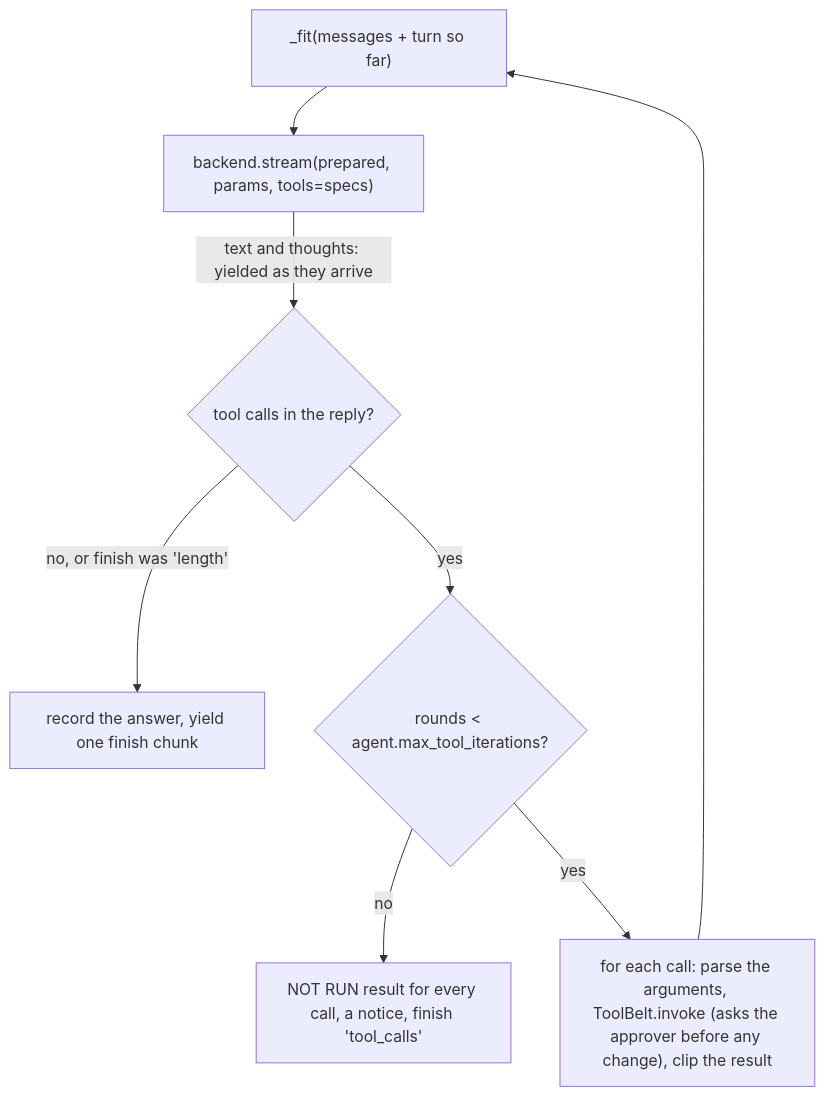
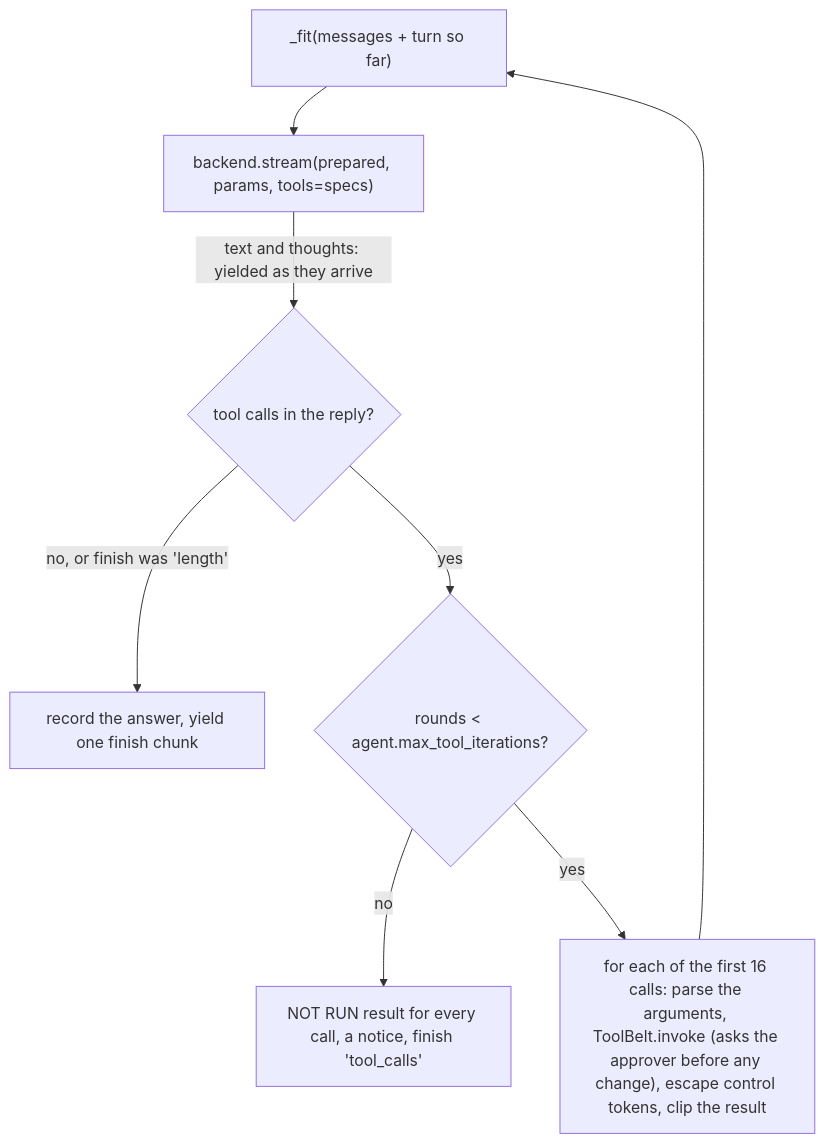
Before and after one commit to monicarivera-work/kumaru_agent: the diagram in docs/howto/src/kumaru/agent/chat.md, drawn with Mermaid. The commit also changed other lines of this file and 22 other files, not shown here.

````diff
--- a/docs/howto/src/kumaru/agent/chat.md
+++ b/docs/howto/src/kumaru/agent/chat.md
@@ -172,10 +172,10 @@
 ```mermaid
 flowchart TD
     A["_fit(messages + turn so far)"] --> B["backend.stream(prepared, params, tools=specs)"]
     B -->|"text and thoughts: yielded as they arrive"| C{"tool calls in the reply?"}
     C -->|"no, or finish was 'length'"| D["record the answer, yield one finish chunk"]
     C -->|yes| E{"rounds < agent.max_tool_iterations?"}
     E -->|no| F["NOT RUN result for every call, a notice, finish 'tool_calls'"]
-    E -->|yes| G["for each call: parse the arguments, ToolBelt.invoke (asks the approver before any change), clip the result"]
+    E -->|yes| G["for each of the first 16 calls: parse the arguments, ToolBelt.invoke (asks the approver before any change), escape control tokens, clip the result"]
     G --> A
 ```
````
